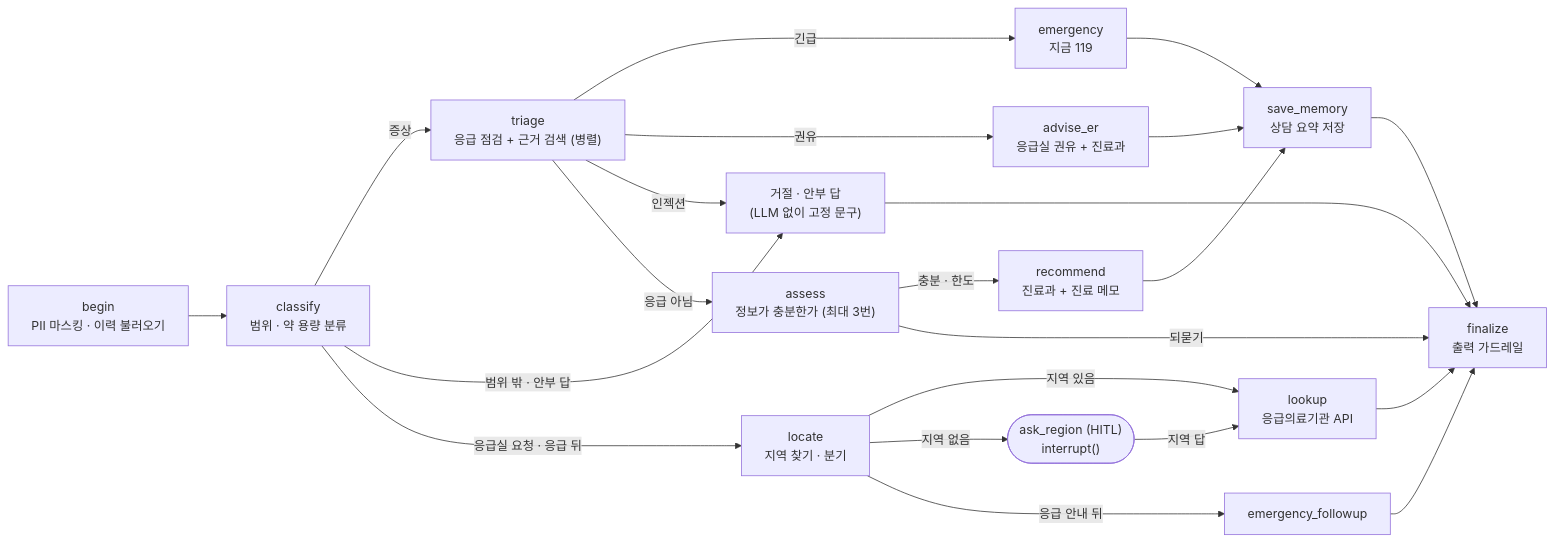
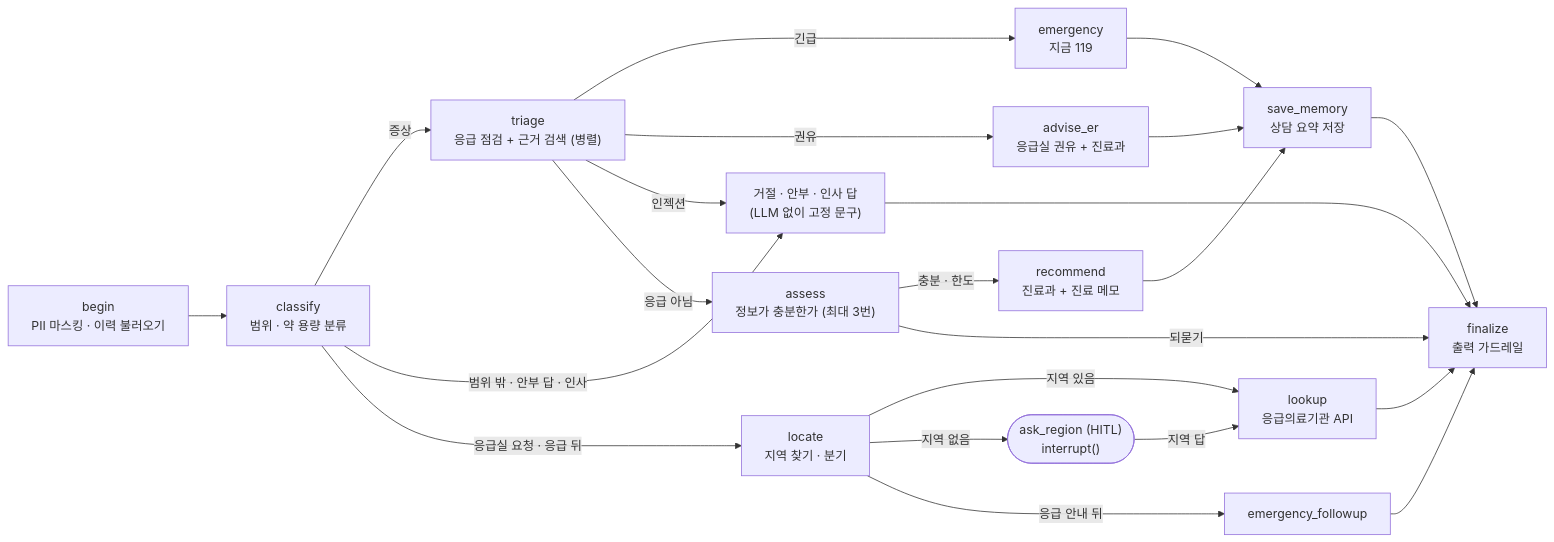
The diagram in README.md (wjdgusdltka/hospital-guide-agent), drawn with Mermaid before and after one commit. The commit also changed other lines of this file and 5 other files, not shown here.

````diff
--- a/README.md
+++ b/README.md
@@ -66,24 +66,24 @@
 ```mermaid
 flowchart LR
   begin["begin<br/>PII 마스킹 · 이력 불러오기"] --> classify["classify<br/>범위 · 약 용량 분류"]
   classify -->|증상| triage["triage<br/>응급 점검 + 근거 검색 (병렬)"]
-  classify -->|범위 밖 · 안부 답| short["거절 · 안부 답<br/>(LLM 없이 고정 문구)"]
+  classify -->|범위 밖 · 안부 답 · 인사| short["거절 · 안부 · 인사 답<br/>(LLM 없이 고정 문구)"]
   classify -->|응급실 요청 · 응급 뒤| locate["locate<br/>지역 찾기 · 분기"]
   triage -->|긴급| emergency["emergency<br/>지금 119"]
   triage -->|권유| advise_er["advise_er<br/>응급실 권유 + 진료과"]
   triage -->|인젝션| short
   triage -->|응급 아님| assess["assess<br/>정보가 충분한가 (최대 3번)"]
   assess -->|충분 · 한도| recommend["recommend<br/>진료과 + 진료 메모"]
   assess -->|되묻기| finalize["finalize<br/>출력 가드레일"]
   emergency --> save_memory["save_memory<br/>상담 요약 저장"]
   advise_er --> save_memory
   recommend --> save_memory
   save_memory --> finalize
   short --> finalize
   locate -->|지역 있음| lookup["lookup<br/>응급의료기관 API"]
   locate -->|지역 없음| ask_region(["ask_region (HITL)<br/>interrupt()"])
   ask_region -->|지역 답| lookup
   locate -->|응급 안내 뒤| emfollow["emergency_followup"]
   lookup --> finalize
   emfollow --> finalize
 ```
````
